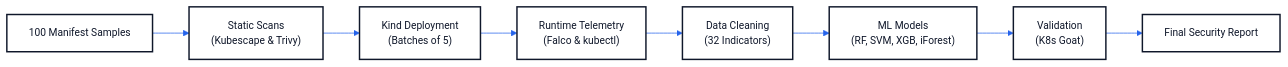
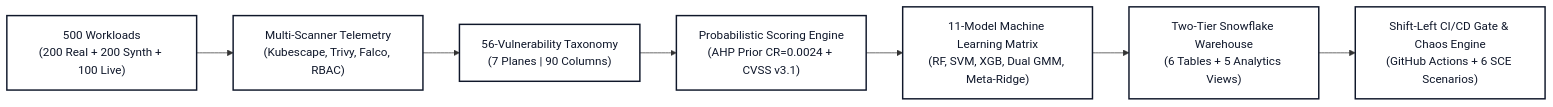
The diagram in README.md (Jayantha1028/K8s-security-assessment), drawn with Mermaid before and after one commit. The commit also changed other lines of this file and 59 other files, not shown here.

Commit message:
500 dataset + choas testing + scoring engine update + streamlit

````diff
--- a/README.md
+++ b/README.md
@@ -9,31 +22,17 @@
 ```mermaid
-%%{init: {
-  'theme': 'base',
-  'themeVariables': {
-    'background': '#FFFFFF',
-    'primaryColor': '#FFFFFF',
-    'primaryBorderColor': '#0F172A',
-    'primaryTextColor': '#0F172A',
-    'lineColor': '#2563EB',
-    'fontFamily': 'Inter, system-ui, sans-serif',
-    'fontSize': '14px'
-  }
-}}%%
 flowchart LR
-    A["100 Manifest Samples"] --> B["Static Scans<br/>(Kubescape & Trivy)"]
-    B --> C["Kind Deployment<br/>(Batches of 5)"]
-    C --> D["Runtime Telemetry<br/>(Falco & kubectl)"]
-    D --> E["Data Cleaning<br/>(32 Indicators)"]
-    E --> F["ML Models<br/>(RF, SVM, XGB, iForest)"]
-    F --> G["Validation<br/>(K8s Goat)"]
-    G --> H["Final Security Report"]
+    A["500 Workloads<br/>(200 Real + 200 Synth + 100 Live)"] --> B["Multi-Scanner Telemetry<br/>(Kubescape, Trivy, Falco, RBAC)"]
+    B --> C["56-Vulnerability Taxonomy<br/>(7 Planes | 90 Columns)"]
+    C --> D["Probabilistic Scoring Engine<br/>(AHP Prior CR=0.0024 + CVSS v3.1)"]
+    D --> E["11-Model Machine Learning Matrix<br/>(RF, SVM, XGB, Dual GMM, Meta-Ridge)"]
+    E --> F["Two-Tier Snowflake Warehouse<br/>(6 Tables + 5 Analytics Views)"]
+    F --> G["Shift-Left CI/CD Gate & Chaos Engine<br/>(GitHub Actions + 6 SCE Scenarios)"]
 
     style A fill:#FFFFFF,stroke:#0F172A,stroke-width:2px,color:#0F172A
     style B fill:#FFFFFF,stroke:#0F172A,stroke-width:2px,color:#0F172A
     style C fill:#FFFFFF,stroke:#0F172A,stroke-width:2px,color:#0F172A
     style D fill:#FFFFFF,stroke:#0F172A,stroke-width:2px,color:#0F172A
     style E fill:#FFFFFF,stroke:#0F172A,stroke-width:2px,color:#0F172A
     style F fill:#FFFFFF,stroke:#0F172A,stroke-width:2px,color:#0F172A
     style G fill:#FFFFFF,stroke:#0F172A,stroke-width:2px,color:#0F172A
-    style H fill:#FFFFFF,stroke:#0F172A,stroke-width:2px,color:#0F172A
 ```
````
